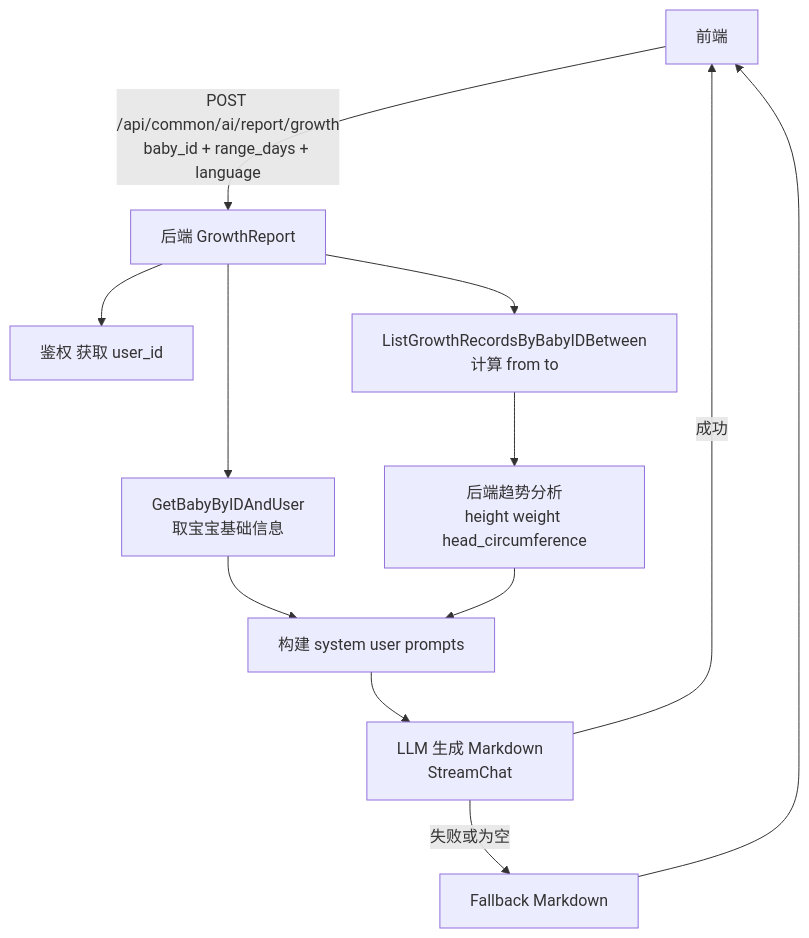
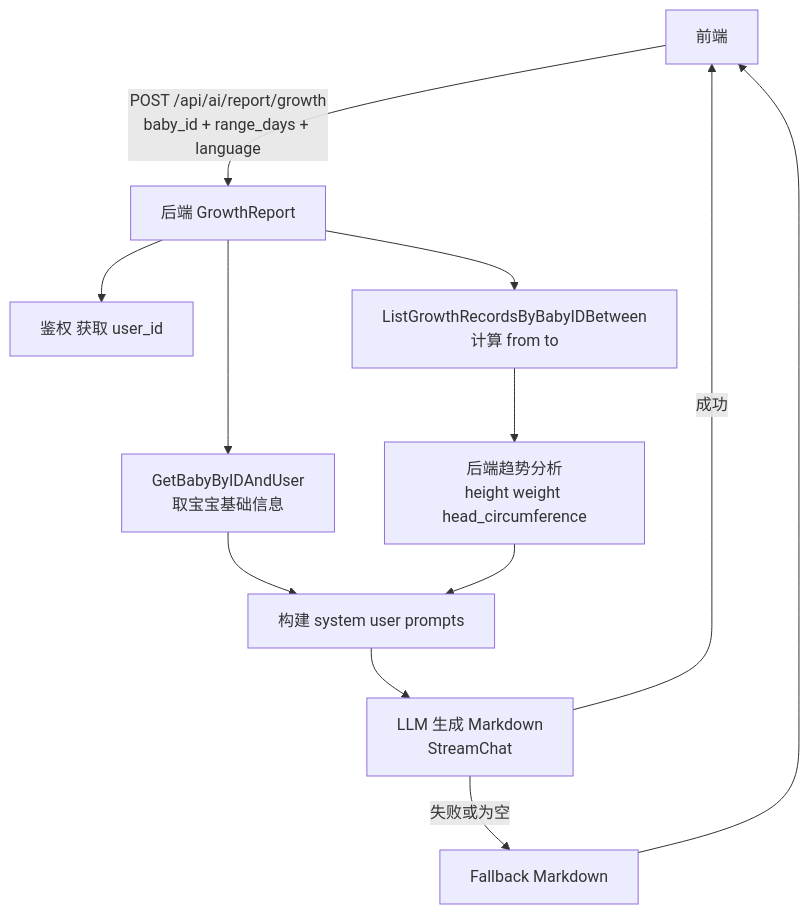
Before and after one commit to Goblin-Master/nurture: the sixth of 6 diagrams in docs/mermaid.md, drawn with Mermaid. The commit also changed other lines of this file and 10 other files, not shown here.

Commit message:
refactor: remove common api group

````diff
--- a/docs/mermaid.md
+++ b/docs/mermaid.md
@@ -94,14 +94,14 @@
 ```mermaid
 flowchart TD
-  FE[前端] -->|POST /api/common/ai/report/growth<br/>baby_id + range_days + language| API[后端 GrowthReport]
+  FE[前端] -->|POST /api/ai/report/growth<br/>baby_id + range_days + language| API[后端 GrowthReport]
   API --> AUTH[鉴权 获取 user_id]
   API --> BABY[GetBabyByIDAndUser<br/>取宝宝基础信息]
   API --> GR[ListGrowthRecordsByBabyIDBetween<br/>计算 from to]
   GR --> ANA[后端趋势分析<br/>height weight head_circumference]
   BABY --> PROMPT[构建 system user prompts]
   ANA --> PROMPT
   PROMPT --> LLM[LLM 生成 Markdown<br/>StreamChat]
   LLM -->|失败或为空| FALL[Fallback Markdown]
   LLM -->|成功| FE
   FALL --> FE
 ```
````
